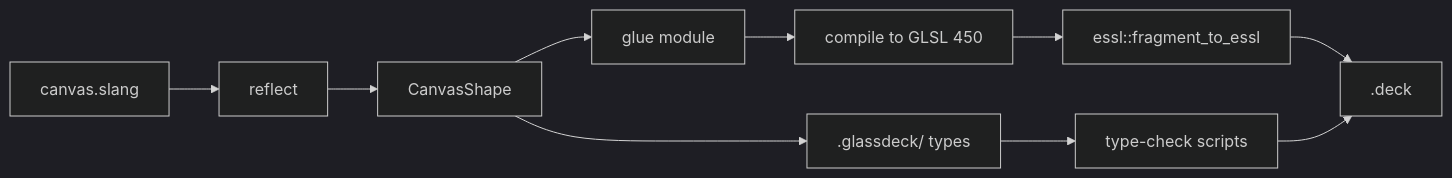
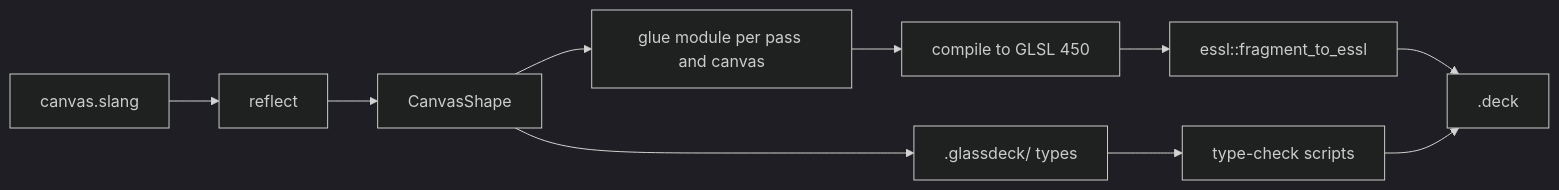
The diagram in crates/glassdeck-slang/README.md (TareHimself/glassdeck), drawn with Mermaid (dark theme) before and after one commit. The commit also changed other lines of this file and 22 other files, not shown here.

````diff
--- a/crates/glassdeck-slang/README.md
+++ b/crates/glassdeck-slang/README.md
@@ -11,6 +11,6 @@
 ```mermaid
 flowchart LR
   s[canvas.slang] --> r[reflect] --> shape[CanvasShape]
-  shape --> glue[glue module] --> c[compile to GLSL 450] --> e[essl::fragment_to_essl] --> deck[.deck]
+  shape --> glue[glue module per pass and canvas] --> c[compile to GLSL 450] --> e[essl::fragment_to_essl] --> deck[.deck]
   shape --> t[".glassdeck/ types"] --> chk[type-check scripts] --> deck
 ```
````
